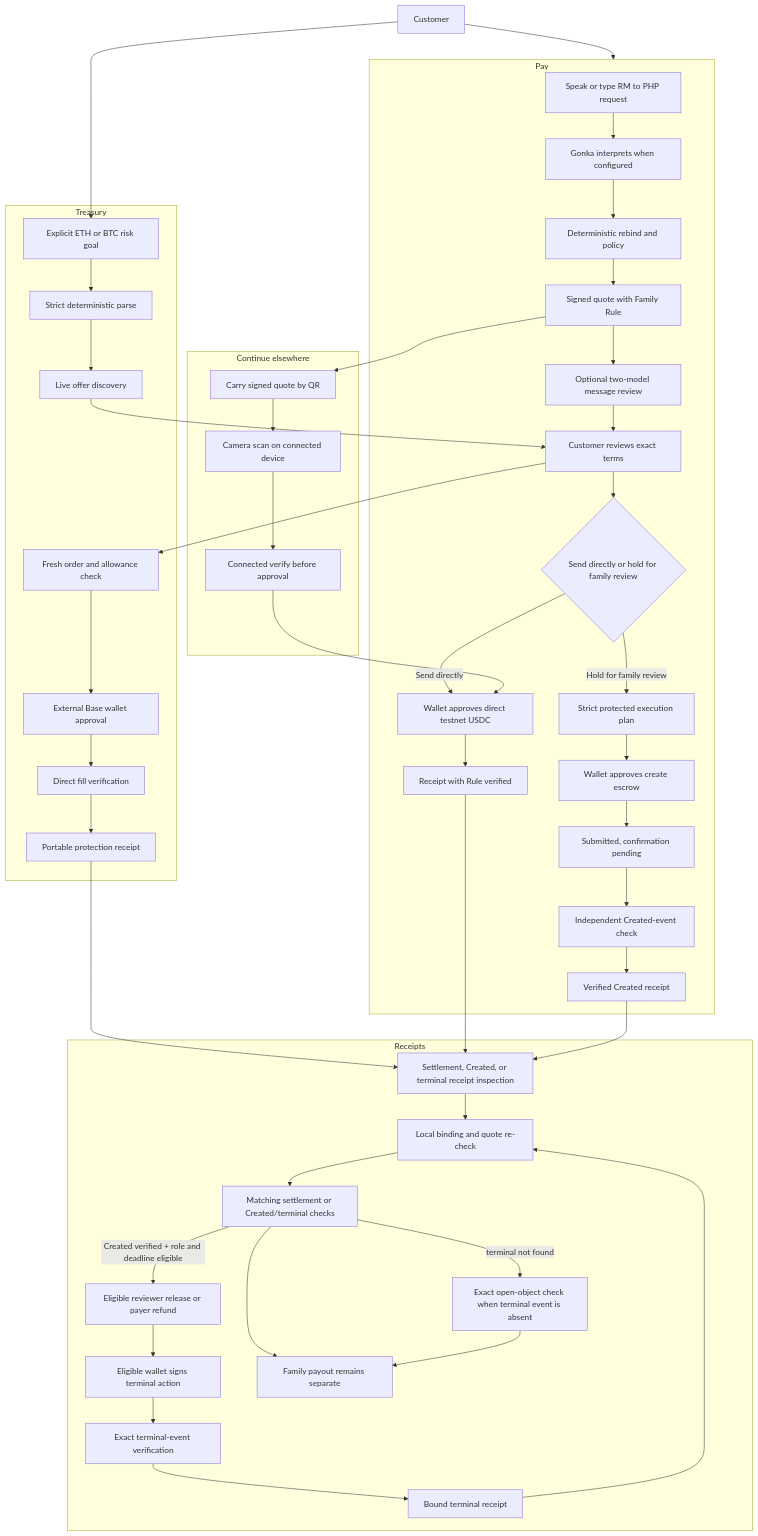
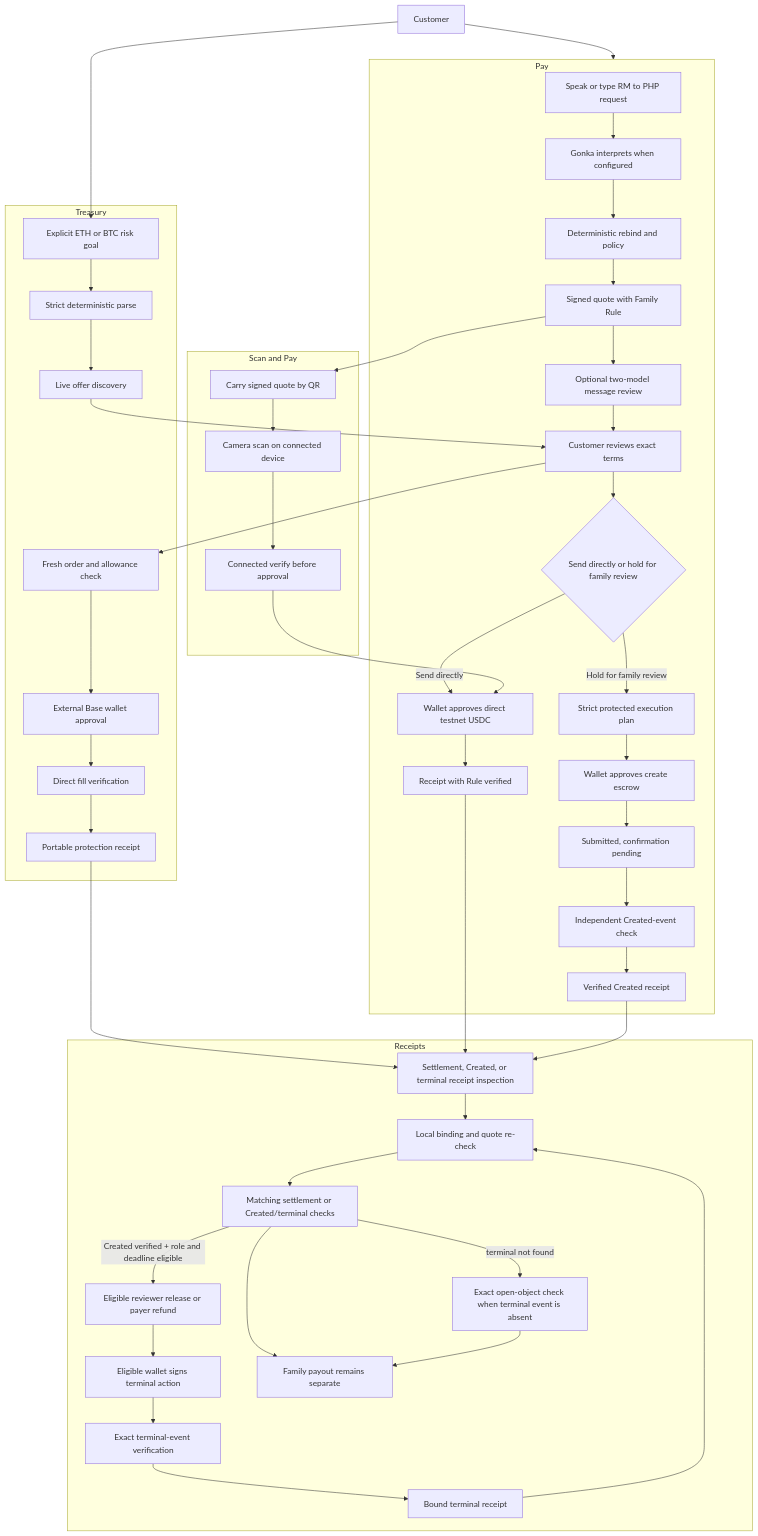
Before and after one commit to MUBA-Hack/convey-sui: the first of 5 diagrams in README.md, drawn with Mermaid. The commit also changed other lines of this file and 23 other files, not shown here.

````diff
--- a/README.md
+++ b/README.md
@@ -865,67 +889,67 @@
 ```mermaid
 flowchart TB
   Customer["Customer"]
 
   subgraph Pay["Pay"]
     Request["Speak or type RM to PHP request"]
     Interpret["Gonka interprets when configured"]
     Rebind["Deterministic rebind and policy"]
     Quote["Signed quote with Family Rule"]
     Steward["Optional two-model message review"]
     Review["Customer reviews quote"]
     Choice{"Send directly or hold for family review"}
     DirectWallet["Wallet approves direct testnet USDC"]
     HoldPlan["Strict protected execution plan"]
     HoldWallet["Wallet approves create escrow"]
     Receipt["Receipt with Rule verified"]
     HoldPending["Submitted, confirmation pending"]
     CreatedCheck["Independent Created-event check"]
     HoldReceipt["Verified Created receipt"]
     Request --> Interpret --> Rebind --> Quote --> Steward --> Review --> Choice
     Choice -->|Send directly| DirectWallet --> Receipt
     Choice -->|Hold for family review| HoldPlan --> HoldWallet --> HoldPending --> CreatedCheck --> HoldReceipt
   end
 
-  subgraph Carry["Continue elsewhere"]
+  subgraph Carry["Scan and Pay"]
     Qr["Carry signed quote by QR"]
     Scan["Camera scan on connected device"]
     QuoteCheck["Connected verify before approval"]
     Qr --> Scan --> QuoteCheck
   end
 
   subgraph Protect["Treasury"]
     Goal["Explicit ETH or BTC risk goal"]
     Parse["Strict deterministic parse"]
     Discover["Live offer discovery"]
     Review["Customer reviews exact terms"]
     Plan["Fresh order and allowance check"]
     BaseWallet["External Base wallet approval"]
     FillCheck["Direct fill verification"]
     ProofO["Portable protection receipt"]
     Goal --> Parse --> Discover --> Review --> Plan --> BaseWallet --> FillCheck --> ProofO
   end
 
   subgraph ReceiptsArea["Receipts"]
     ReceiptReview["Settlement, Created, or terminal receipt inspection"]
     ReceiptEvidence["Local binding and quote re-check"]
     SuiCheck["Matching settlement or Created/terminal checks"]
     OpenCheck["Exact open-object check when terminal event is absent"]
     TerminalAction["Eligible reviewer release or payer refund"]
     TerminalWallet["Eligible wallet signs terminal action"]
     TerminalOutcome["Exact terminal-event verification"]
     TerminalResult["Bound terminal receipt"]
     PayoutState["Family payout remains separate"]
     ReceiptReview --> ReceiptEvidence --> SuiCheck --> PayoutState
     SuiCheck -->|terminal not found| OpenCheck --> PayoutState
     SuiCheck -->|Created verified + role and deadline eligible| TerminalAction --> TerminalWallet --> TerminalOutcome --> TerminalResult
     TerminalResult --> ReceiptEvidence
   end
 
   Customer --> Pay
   Quote --> Qr
   QuoteCheck --> DirectWallet
   Customer --> Goal
   ProofO --> ReceiptReview
   Receipt --> ReceiptReview
   HoldReceipt --> ReceiptReview
 ```
````
